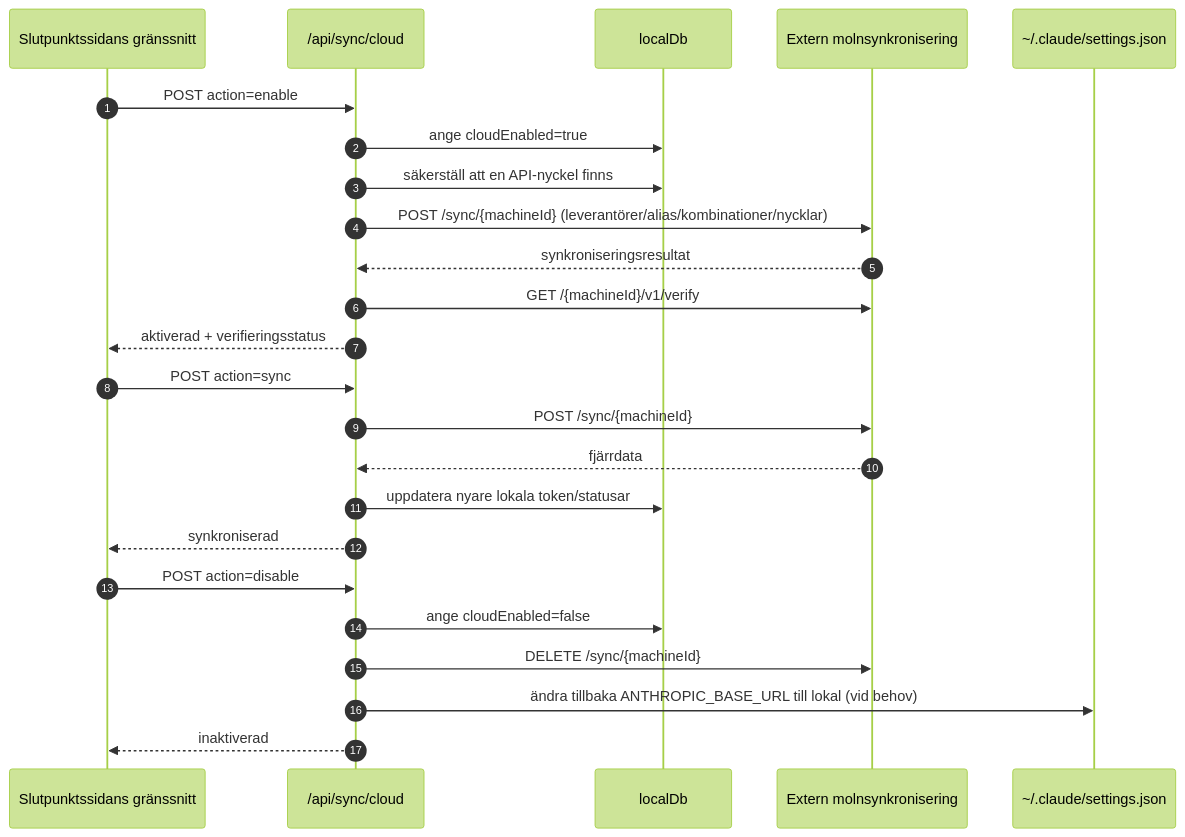
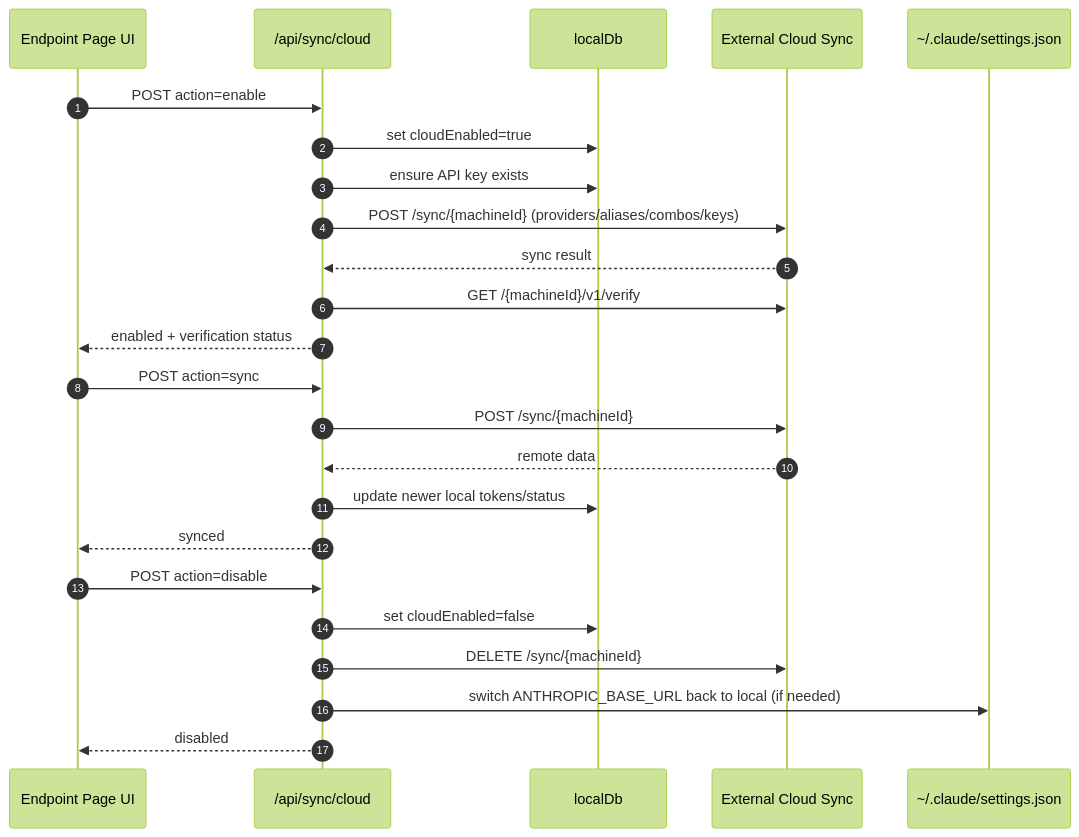
Before and after one commit to niyatna/NiyatnaRoute: the fifth of 7 diagrams in docs/i18n/sv/docs/architecture/ARCHITECTURE.md, drawn with Mermaid (forest theme). The commit also changed other lines of this file and 2447 other files, not shown here.

````diff
--- a/docs/i18n/sv/docs/architecture/ARCHITECTURE.md
+++ b/docs/i18n/sv/docs/architecture/ARCHITECTURE.md
@@ -667,29 +441,29 @@
 ```mermaid
 sequenceDiagram
     autonumber
-    participant UI as Slutpunktssidans gränssnitt
+    participant UI as Endpoint Page UI
     participant Sync as /api/sync/cloud
     participant DB as localDb
-    participant Cloud as Extern molnsynkronisering
+    participant Cloud as External Cloud Sync
     participant Claude as ~/.claude/settings.json
 
     UI->>Sync: POST action=enable
-    Sync->>DB: ange cloudEnabled=true
-    Sync->>DB: säkerställ att en API-nyckel finns
-    Sync->>Cloud: POST /sync/{machineId} (leverantörer/alias/kombinationer/nycklar)
-    Cloud-->>Sync: synkroniseringsresultat
+    Sync->>DB: set cloudEnabled=true
+    Sync->>DB: ensure API key exists
+    Sync->>Cloud: POST /sync/{machineId} (providers/aliases/combos/keys)
+    Cloud-->>Sync: sync result
     Sync->>Cloud: GET /{machineId}/v1/verify
-    Sync-->>UI: aktiverad + verifieringsstatus
+    Sync-->>UI: enabled + verification status
 
     UI->>Sync: POST action=sync
     Sync->>Cloud: POST /sync/{machineId}
-    Cloud-->>Sync: fjärrdata
-    Sync->>DB: uppdatera nyare lokala token/statusar
-    Sync-->>UI: synkroniserad
+    Cloud-->>Sync: remote data
+    Sync->>DB: update newer local tokens/status
+    Sync-->>UI: synced
 
     UI->>Sync: POST action=disable
-    Sync->>DB: ange cloudEnabled=false
+    Sync->>DB: set cloudEnabled=false
     Sync->>Cloud: DELETE /sync/{machineId}
-    Sync->>Claude: ändra tillbaka ANTHROPIC_BASE_URL till lokal (vid behov)
-    Sync-->>UI: inaktiverad
+    Sync->>Claude: switch ANTHROPIC_BASE_URL back to local (if needed)
+    Sync-->>UI: disabled
 ```
````
